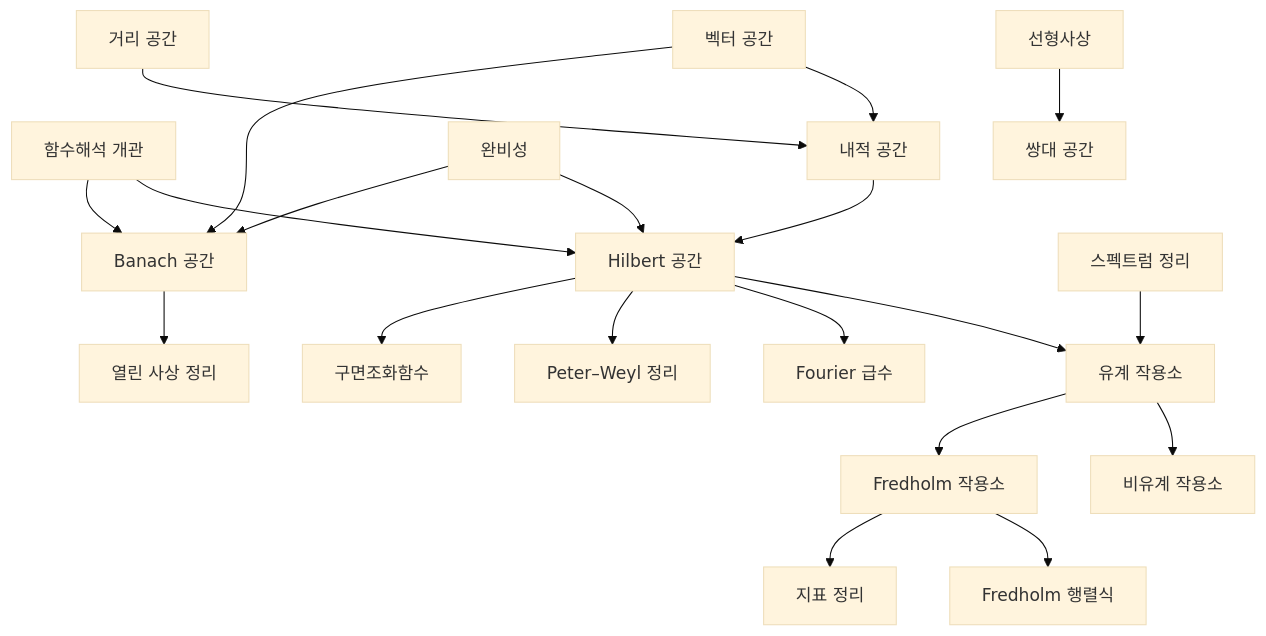
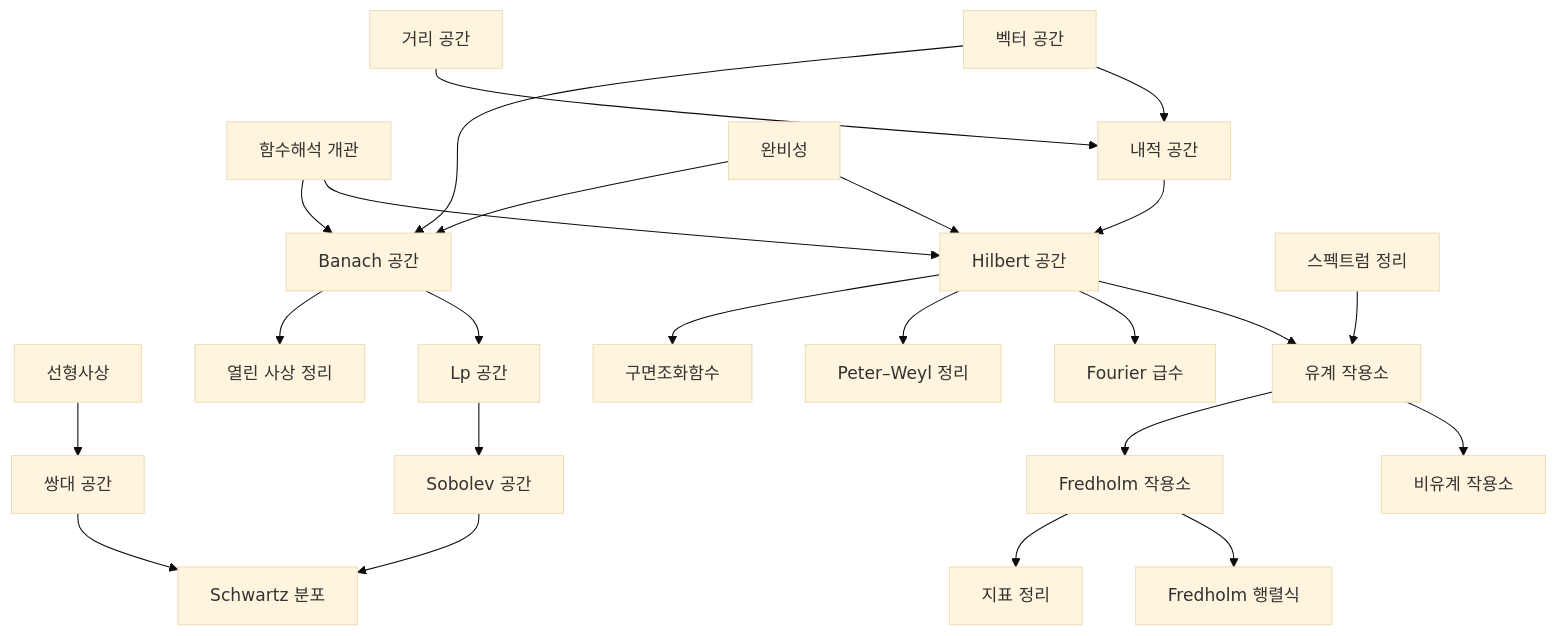
Before and after one commit to Phryxia/math-map: the diagram in docs/functional-analysis-overview.md, drawn with Mermaid (base theme). The commit also changed 1 other file, not shown here.

Commit message:
extend the number theory and functional analysis overview maps with this round's edges
Claude-Session: https://claude.ai/code/session_018mhvjoQDBC4TZsPiYdQHhf

````diff
--- a/docs/functional-analysis-overview.md
+++ b/docs/functional-analysis-overview.md
@@ -15,22 +15,24 @@
 ```mermaid
 graph TD
   FAO["함수해석 개관"] --> HS["Hilbert 공간"]
   FAO --> BS["Banach 공간"]
   VS["벡터 공간"] --> IPS["내적 공간"]
   MS["거리 공간"] --> IPS
   COMP["완비성"] --> HS
   IPS --> HS
   COMP --> BS
   VS --> BS
   LM["선형사상"] --> DS["쌍대 공간"]
+  BS --> LPS["Lp 공간"] --> SOB["Sobolev 공간"] --> SD["Schwartz 분포"]
+  DS --> SD
   BS --> OMT["열린 사상 정리"]
   HS --> BO["유계 작용소"]
   ST["스펙트럼 정리"] --> BO
   BO --> UBO["비유계 작용소"]
   BO --> FO["Fredholm 작용소"]
   FO --> FD["Fredholm 행렬식"]
   FO --> IT["지표 정리"]
   HS --> FS["Fourier 급수"]
   HS --> PW["Peter–Weyl 정리"]
   HS --> SH["구면조화함수"]
 ```
````
